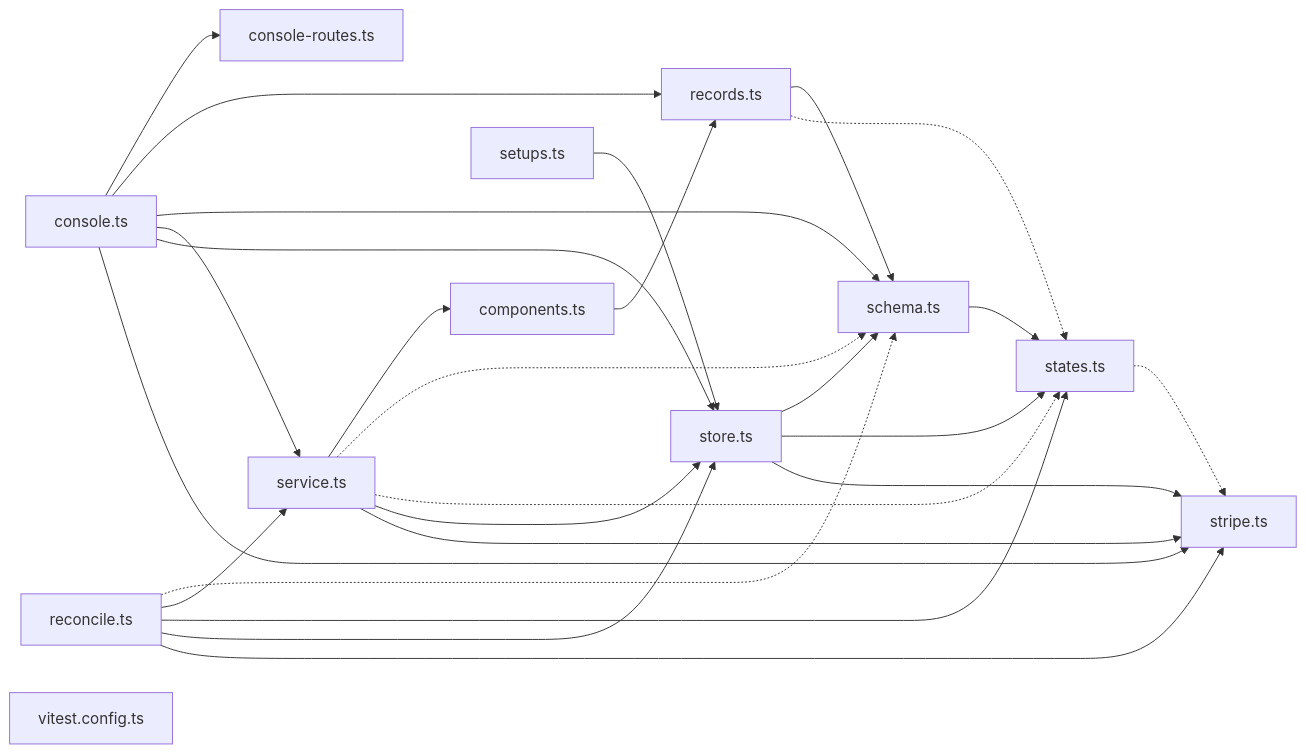
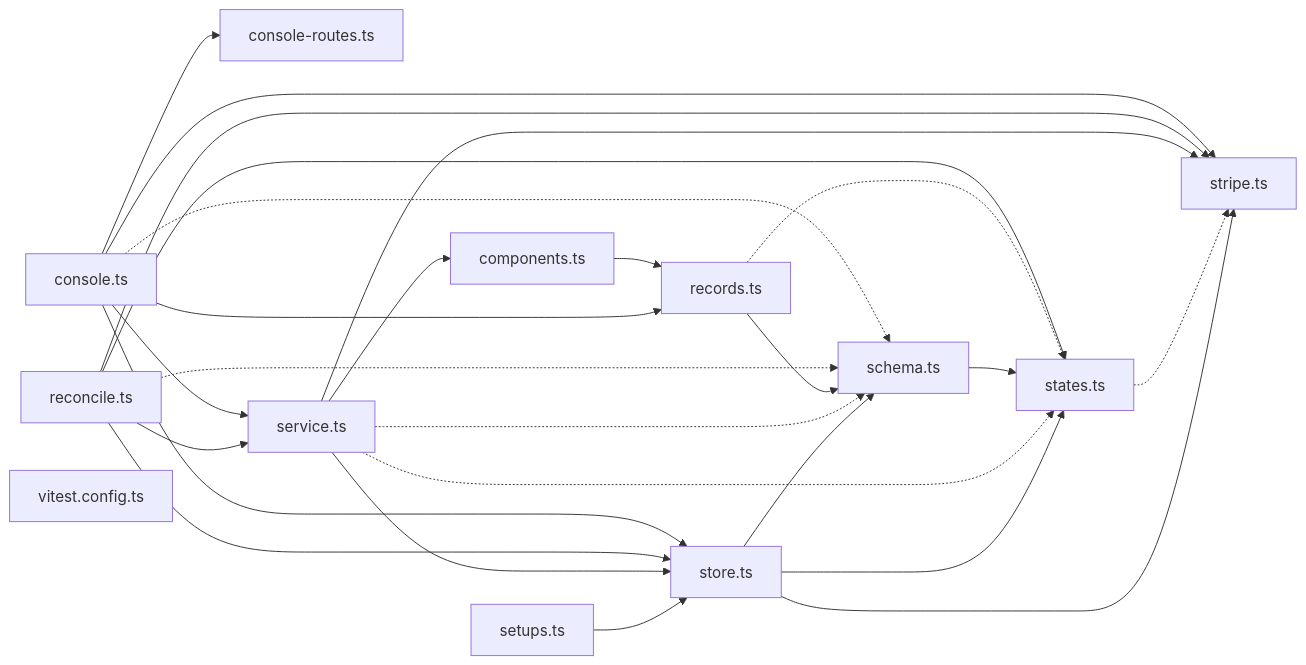
Before and after one commit to wrenautomation/wren: the diagram in map/generated/imports/@wren+payments.md, drawn with Mermaid. The commit also changed 96 other files, not shown here.

````diff
--- a/map/generated/imports/@wren+payments.md
+++ b/map/generated/imports/@wren+payments.md
@@ -19,40 +19,40 @@
 ```mermaid
 flowchart LR
-  nschema_ts["schema.ts"]
-  nstates_ts["states.ts"]
-  nstripe_ts["stripe.ts"]
   ncomponents_ts["components.ts"]
-  nrecords_ts["records.ts"]
-  nsetups_ts["setups.ts"]
-  nstore_ts["store.ts"]
   nconsole_routes_ts["console-routes.ts"]
-  nservice_ts["service.ts"]
   nconsole_ts["console.ts"]
   nreconcile_ts["reconcile.ts"]
+  nrecords_ts["records.ts"]
+  nschema_ts["schema.ts"]
+  nservice_ts["service.ts"]
+  nsetups_ts["setups.ts"]
+  nstates_ts["states.ts"]
+  nstore_ts["store.ts"]
+  nstripe_ts["stripe.ts"]
   nvitest_config_ts["vitest.config.ts"]
-  nschema_ts --> nstates_ts
-  nstates_ts -.-> nstripe_ts
   ncomponents_ts --> nrecords_ts
-  nrecords_ts --> nschema_ts
-  nrecords_ts -.-> nstates_ts
-  nsetups_ts --> nstore_ts
-  nstore_ts --> nschema_ts
-  nstore_ts --> nstates_ts
-  nstore_ts --> nstripe_ts
-  nservice_ts --> ncomponents_ts
-  nservice_ts -.-> nschema_ts
-  nservice_ts -.-> nstates_ts
-  nservice_ts --> nstore_ts
-  nservice_ts --> nstripe_ts
   nconsole_ts --> nconsole_routes_ts
   nconsole_ts --> nrecords_ts
-  nconsole_ts --> nschema_ts
+  nconsole_ts -.-> nschema_ts
   nconsole_ts --> nservice_ts
   nconsole_ts --> nstore_ts
   nconsole_ts --> nstripe_ts
   nreconcile_ts -.-> nschema_ts
   nreconcile_ts --> nservice_ts
   nreconcile_ts --> nstates_ts
   nreconcile_ts --> nstore_ts
   nreconcile_ts --> nstripe_ts
+  nrecords_ts --> nschema_ts
+  nrecords_ts -.-> nstates_ts
+  nschema_ts --> nstates_ts
+  nservice_ts --> ncomponents_ts
+  nservice_ts -.-> nschema_ts
+  nservice_ts -.-> nstates_ts
+  nservice_ts --> nstore_ts
+  nservice_ts --> nstripe_ts
+  nsetups_ts --> nstore_ts
+  nstates_ts -.-> nstripe_ts
+  nstore_ts --> nschema_ts
+  nstore_ts --> nstates_ts
+  nstore_ts --> nstripe_ts
 ```
````
